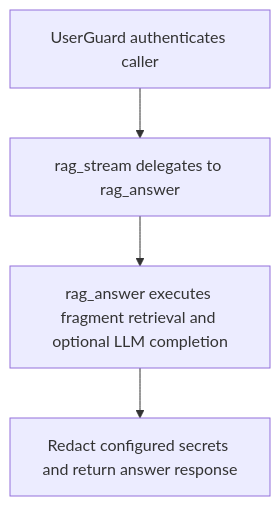
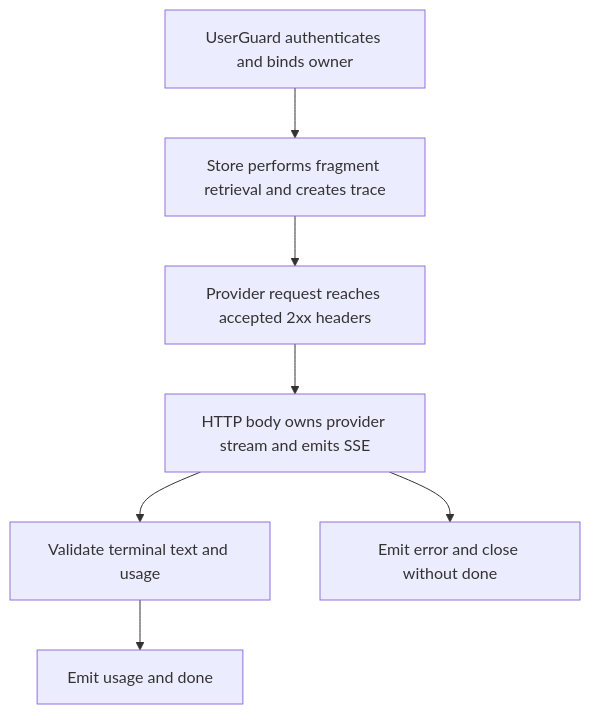
One commit to dickwu/nowledge changed the diagram in doc/api/post_v1_rag_stream.md. Above: the diagram before and after it, drawn with Mermaid. The commit also changed other lines of this file and 10 other files, not shown here.

````diff
--- a/doc/api/post_v1_rag_stream.md
+++ b/doc/api/post_v1_rag_stream.md
@@ -75,10 +109,13 @@
 ```mermaid
 flowchart TD
-  n0["UserGuard authenticates caller"]
-  n1["rag_stream delegates to rag_answer"]
-  n2["rag_answer executes fragment retrieval and optional LLM completion"]
-  n3["Redact configured secrets and return answer response"]
-  n0 --> n1
-  n1 --> n2
-  n2 --> n3
+  auth["UserGuard authenticates and binds owner"]
+  retrieve["Store performs fragment retrieval and creates trace"]
+  open["Provider request reaches accepted 2xx headers"]
+  sse["HTTP body owns provider stream and emits SSE"]
+  terminal["Validate terminal text and usage"]
+  finish["Emit usage and done"]
+  error["Emit error and close without done"]
+  auth --> retrieve --> open --> sse --> terminal
+  terminal --> finish
+  sse --> error
 ```
````
